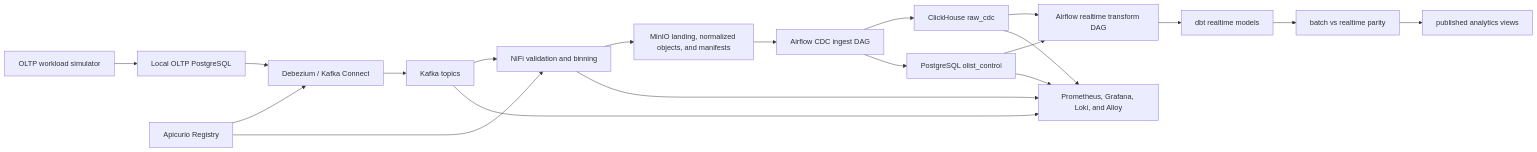
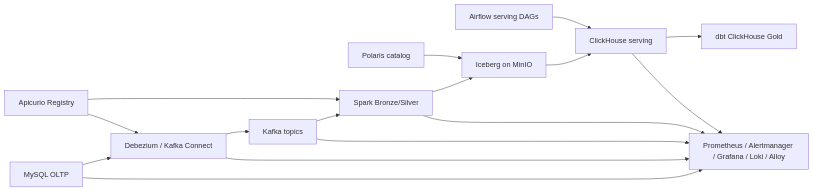
Before and after one commit to evgenii-karpov/olist-mds: the first of 4 diagrams in docs/diagrams.md, drawn with Mermaid. The commit also changed other lines of this file and 319 other files, not shown here.

````diff
--- a/docs/diagrams.md
+++ b/docs/diagrams.md
@@ -93,38 +5,30 @@
 ```mermaid
 flowchart LR
-    simulator["OLTP workload simulator"]
-    oltp["Local OLTP PostgreSQL"]
-    debezium["Debezium / Kafka Connect"]
+    mysql["MySQL OLTP"]
+    connect["Debezium / Kafka Connect"]
     kafka["Kafka topics"]
     registry["Apicurio Registry"]
-    nifi["NiFi validation and binning"]
-    minio["MinIO landing, normalized objects, and manifests"]
-    ingest["Airflow CDC ingest DAG"]
-    rawcdc["ClickHouse raw_cdc"]
-    control["PostgreSQL olist_control"]
-    transform["Airflow realtime transform DAG"]
-    realtime["dbt realtime models"]
-    parity["batch vs realtime parity"]
-    analytics["published analytics views"]
-    observability["Prometheus, Grafana, Loki, and Alloy"]
+    spark["Spark Bronze/Silver"]
+    storage["Iceberg on MinIO"]
+    polaris["Polaris catalog"]
+    serving["ClickHouse serving"]
+    airflow["Airflow serving DAGs"]
+    dbt["dbt ClickHouse Gold"]
+    obs["Prometheus / Alertmanager / Grafana / Loki / Alloy"]
 
-    simulator --> oltp
-    oltp --> debezium
-    debezium --> kafka
-    registry --> debezium
-    kafka --> nifi
-    registry --> nifi
-    nifi --> minio
-    minio --> ingest
-    ingest --> rawcdc
-    ingest --> control
-    rawcdc --> transform
-    control --> transform
-    transform --> realtime
-    realtime --> parity
-    parity --> analytics
-    rawcdc --> observability
-    control --> observability
-    kafka --> observability
-    nifi --> observability
+    mysql --> connect
+    connect --> kafka
+    registry --> connect
+    kafka --> spark
+    registry --> spark
+    spark --> storage
+    polaris --> storage
+    storage --> serving
+    airflow --> serving
+    serving --> dbt
+    mysql --> obs
+    connect --> obs
+    kafka --> obs
+    spark --> obs
+    serving --> obs
 ```
````
